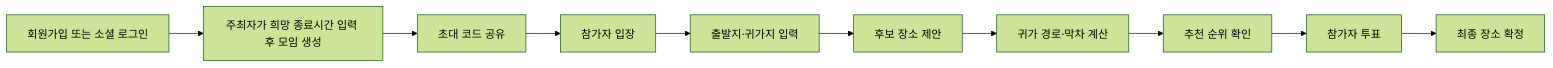
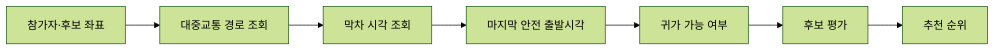
One commit to nembutal-sw/meetback changed the third of 5 diagrams in README.md. Above: the diagram before and after it, drawn with Mermaid (forest theme). The commit also changed other lines of this file, not shown here.

````diff
--- a/README.md
+++ b/README.md
@@ -59,12 +114,9 @@
 ```mermaid
 flowchart LR
-    A[회원가입 또는 소셜 로그인] --> B[주최자가 희망 종료시간 입력 후 모임 생성]
-    B --> C[초대 코드 공유]
-    C --> D[참가자 입장]
-    D --> E[출발지·귀가지 입력]
-    E --> F[후보 장소 제안]
-    F --> G[귀가 경로·막차 계산]
-    G --> H[추천 순위 확인]
-    H --> I[참가자 투표]
-    I --> J[최종 장소 확정]
+    A[참가자·후보 좌표] --> B[대중교통 경로 조회]
+    B --> C[막차 시각 조회]
+    C --> D[마지막 안전 출발시각]
+    D --> E[귀가 가능 여부]
+    E --> F[후보 평가]
+    F --> G[추천 순위]
 ```
````
